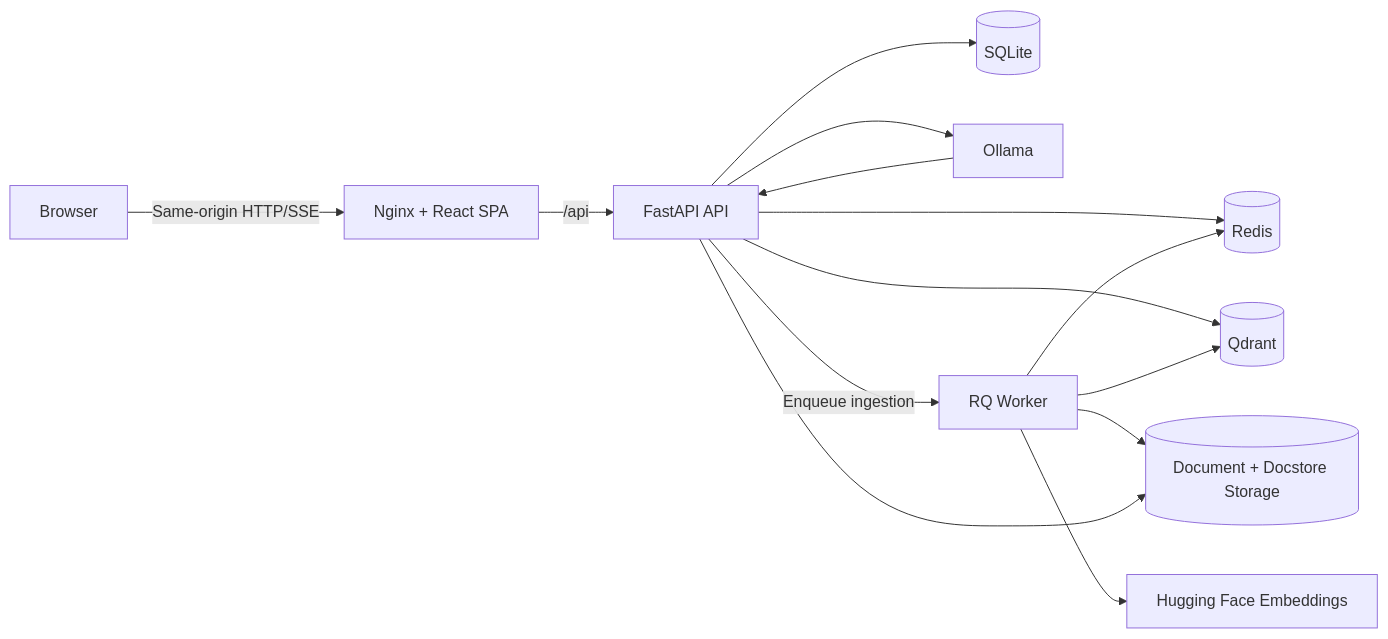
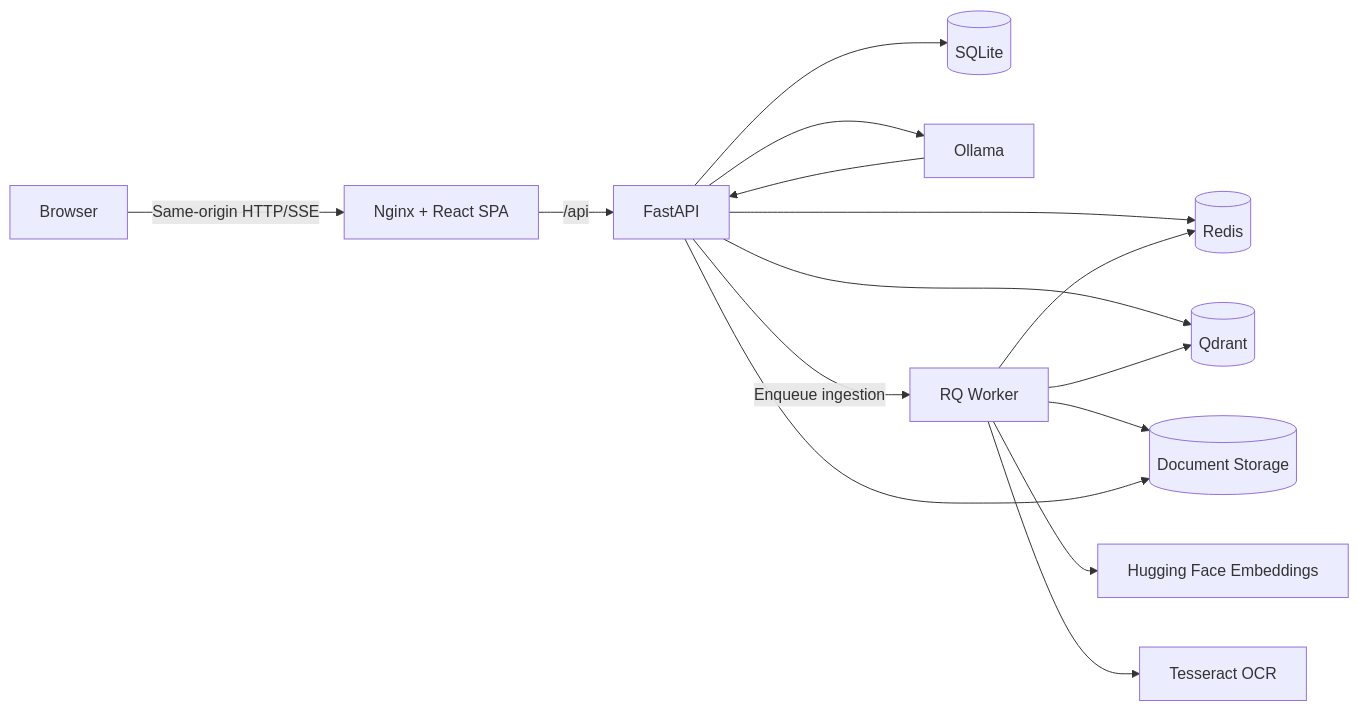
Before and after one commit to Tan-1106/Local-RAG-Assistant: the diagram in README.md, drawn with Mermaid. The commit also changed other lines of this file, not shown here.

````diff
--- a/README.md
+++ b/README.md
@@ -123,19 +45,20 @@
 ```mermaid
 flowchart LR
     U[Browser] -->|Same-origin HTTP/SSE| N[Nginx + React SPA]
-    N -->|/api| A[FastAPI API]
+    N -->|/api| A[FastAPI]
 
     A --> SQL[(SQLite)]
     A --> R[(Redis)]
     A --> Q[(Qdrant)]
     A --> O[Ollama]
     A -->|Enqueue ingestion| W[RQ Worker]
 
     W --> R
     W --> Q
-    W --> D[(Document + Docstore Storage)]
+    W --> D[(Document Storage)]
     W --> E[Hugging Face Embeddings]
+    W --> OCR[Tesseract OCR]
 
     A --> D
     O --> A
 ```
````
